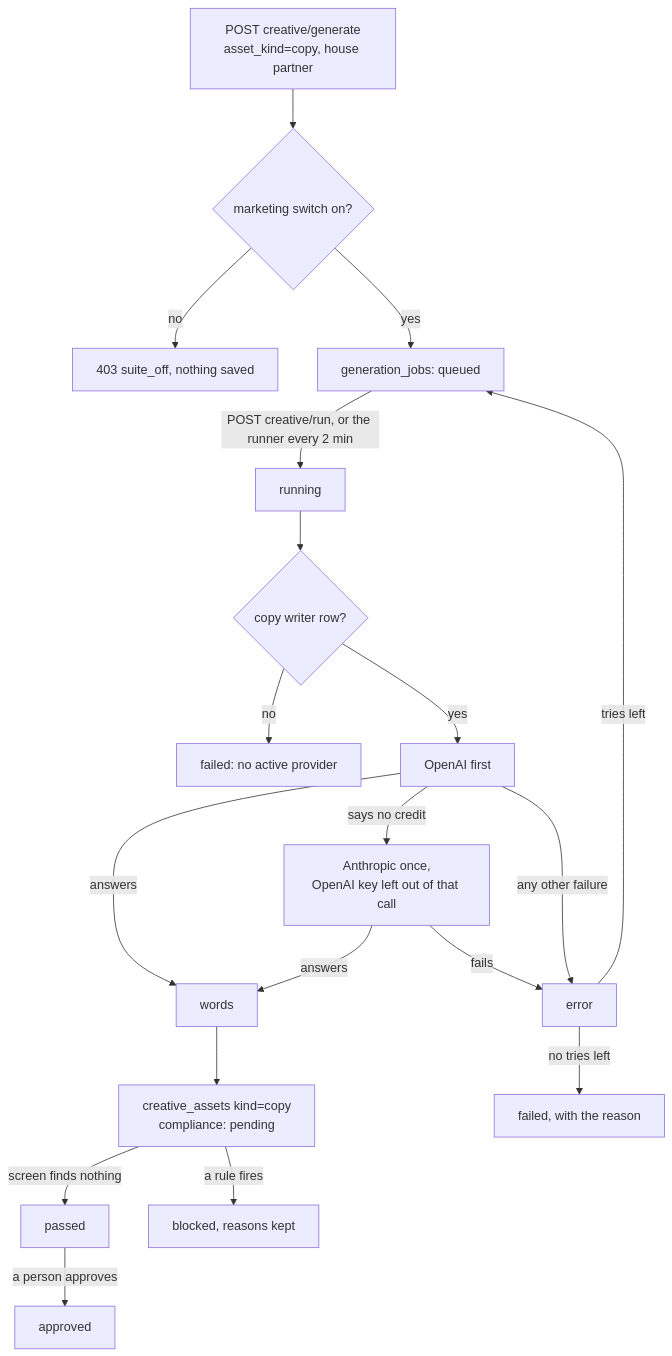
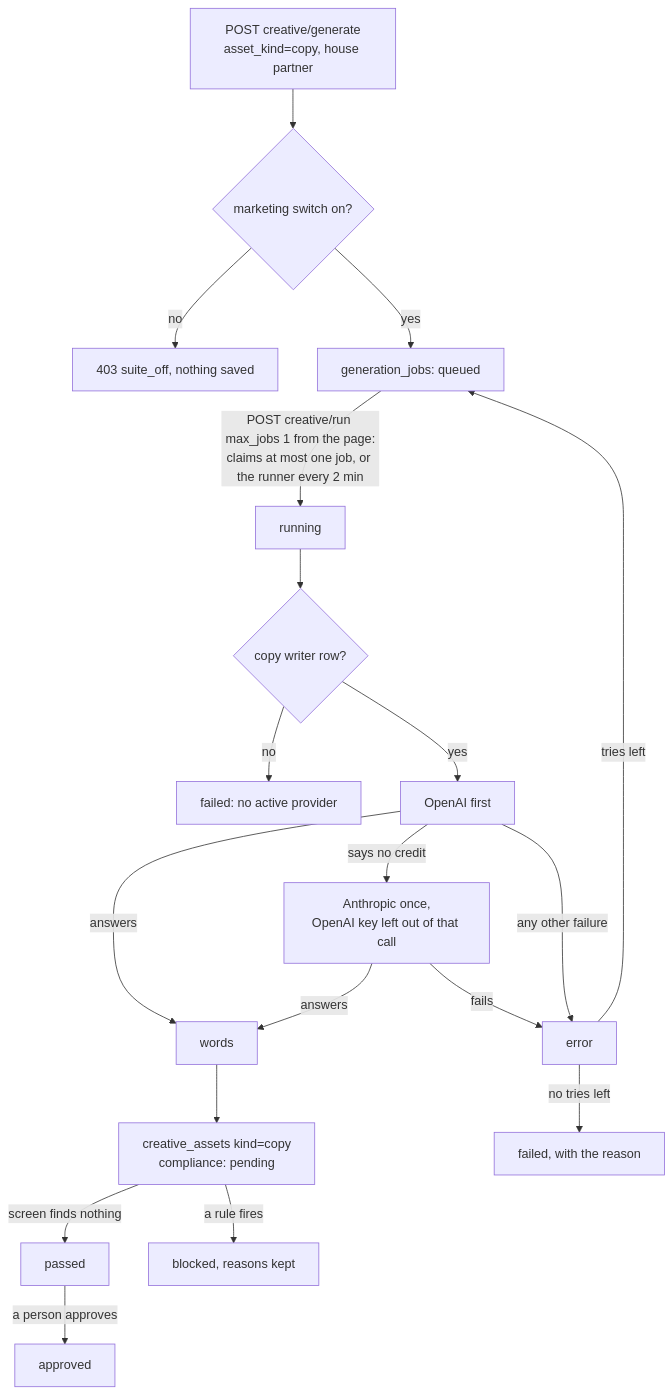
One commit to ZootimusMaximusSupreme/fundhub-platform changed the second of 3 diagrams in docs/journeys/marketing-dashboard-flow.md. Above: the diagram before and after it, drawn with Mermaid. The commit also changed other lines of this file and 6 other files, not shown here.

````diff
--- a/docs/journeys/marketing-dashboard-flow.md
+++ b/docs/journeys/marketing-dashboard-flow.md
@@ -47,21 +67,21 @@
 ```mermaid
 flowchart TD
   C0[POST creative/generate<br/>asset_kind=copy, house partner] --> G{marketing switch on?}
   G -->|no| G1[403 suite_off, nothing saved]
   G -->|yes| C1[generation_jobs: queued]
-  C1 -->|POST creative/run, or the runner every 2 min| C2[running]
+  C1 -->|POST creative/run max_jobs 1 from the page:<br/>claims at most one job, or the runner every 2 min| C2[running]
   C2 --> R{copy writer row?}
   R -->|no| C9[failed: no active provider]
   R -->|yes| M[OpenAI first]
   M -->|answers| T[words]
   M -->|says no credit| A[Anthropic once,<br/>OpenAI key left out of that call]
   M -->|any other failure| X[error]
   A -->|answers| T
   A -->|fails| X
   X -->|tries left| C1
   X -->|no tries left| C9b[failed, with the reason]
   T --> C3[creative_assets kind=copy<br/>compliance: pending]
   C3 -->|screen finds nothing| C4[passed]
   C3 -->|a rule fires| C5[blocked, reasons kept]
   C4 -->|a person approves| C6[approved]
 ```
````
